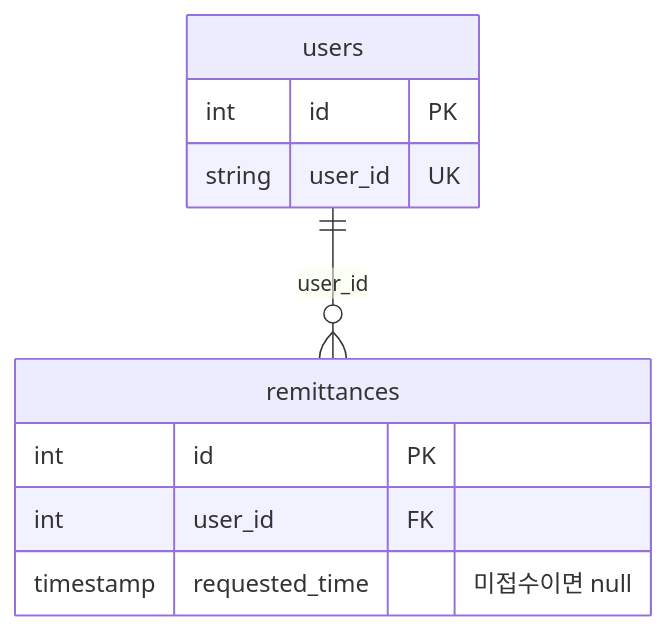
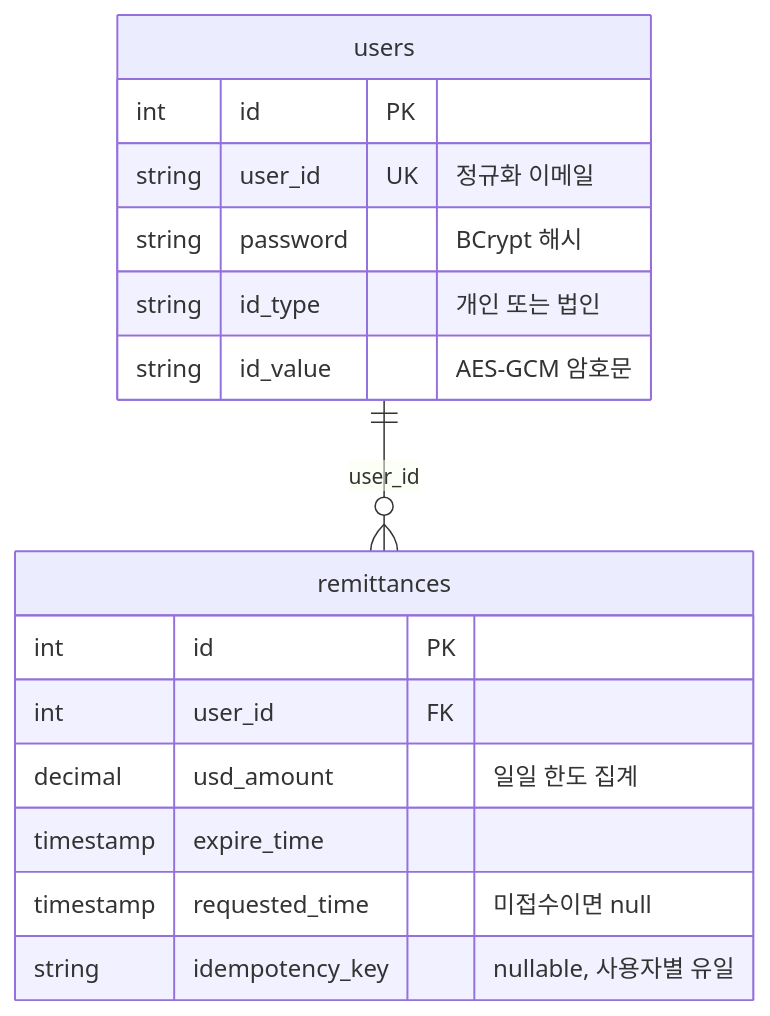
One commit to ssipflow/GlobalRemittance changed the fourth of 6 diagrams in docs/application/architecture.md. Above: the diagram before and after it, drawn with Mermaid. The commit also changed other lines of this file and 16 other files, not shown here.

````diff
--- a/docs/application/architecture.md
+++ b/docs/application/architecture.md
@@ -113,13 +113,19 @@
 ```mermaid
 erDiagram
     users ||--o{ remittances : "user_id"
     users {
         int id PK
-        string user_id UK
+        string user_id UK "정규화 이메일"
+        string password "BCrypt 해시"
+        string id_type "개인 또는 법인"
+        string id_value "AES-GCM 암호문"
     }
     remittances {
         int id PK
         int user_id FK
+        decimal usd_amount "일일 한도 집계"
+        timestamp expire_time
         timestamp requested_time "미접수이면 null"
+        string idempotency_key "nullable, 사용자별 유일"
     }
 ```
````
